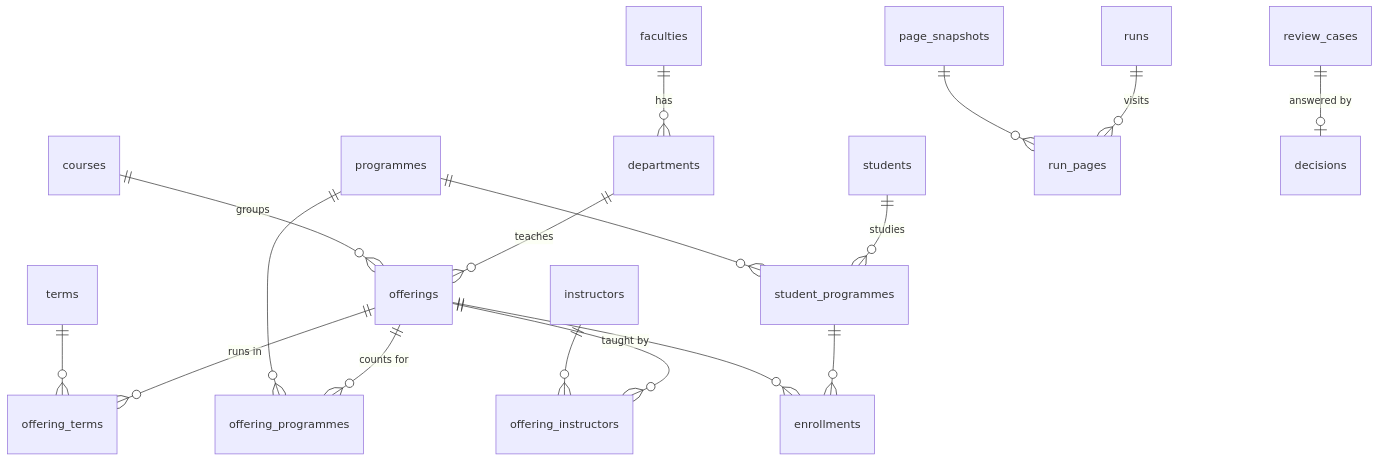
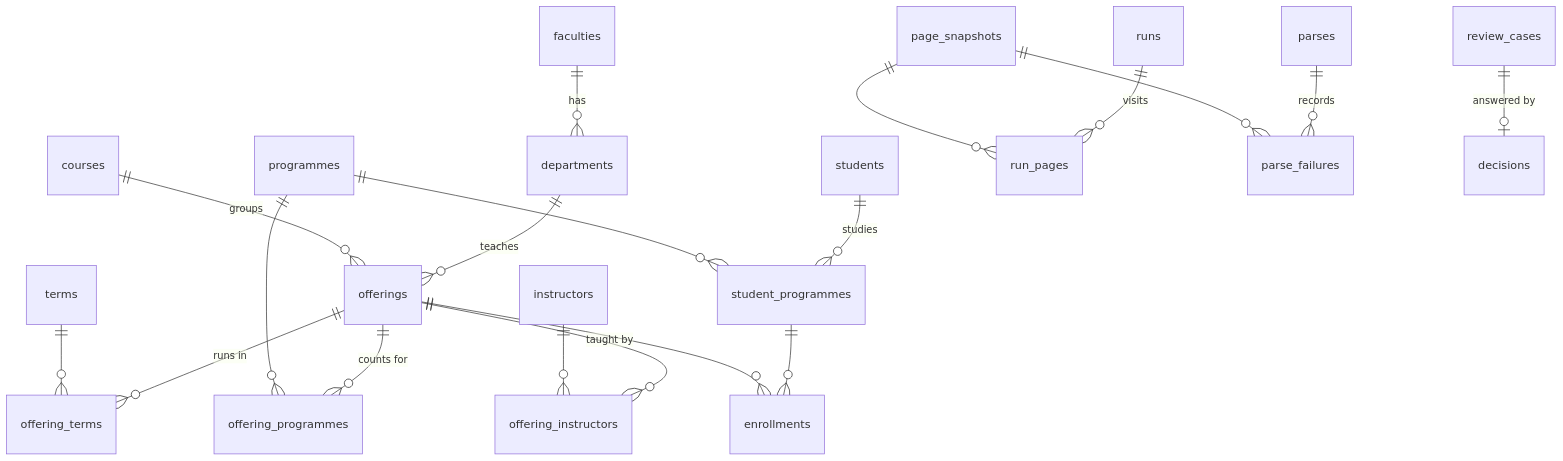
One commit to ukma-cs-ssdm-2025/rate-ukma changed the diagram in docs/parser-service/schema.md. Above: the diagram before and after it, drawn with Mermaid. The commit also changed other lines of this file and 2 other files, not shown here.

Commit message:
fix(#763): record a refused page's stored path, type the parse trigger
A page whose batch Postgres refuses is recorded with the path its
snapshot holds, not one rebuilt from the course code. The trigger is a
schema literal, as the CHECK on parses.trigger is. schema.md draws the
two parse tables and says reparse reads the latest snapshot of each
course page.

````diff
--- a/docs/parser-service/schema.md
+++ b/docs/parser-service/schema.md
@@ -14,19 +14,21 @@
 ```mermaid
 erDiagram
   faculties ||--o{ departments : has
   departments ||--o{ offerings : teaches
   courses ||--o{ offerings : groups
   offerings ||--o{ offering_terms : "runs in"
   terms ||--o{ offering_terms : ""
   offerings ||--o{ offering_programmes : "counts for"
   programmes ||--o{ offering_programmes : ""
   offerings ||--o{ offering_instructors : "taught by"
   instructors ||--o{ offering_instructors : ""
   students ||--o{ student_programmes : studies
   programmes ||--o{ student_programmes : ""
   student_programmes ||--o{ enrollments : ""
   offerings ||--o{ enrollments : ""
   runs ||--o{ run_pages : visits
   page_snapshots ||--o{ run_pages : ""
+  parses ||--o{ parse_failures : records
+  page_snapshots ||--o{ parse_failures : ""
   review_cases ||--o| decisions : "answered by"
 ```
````
